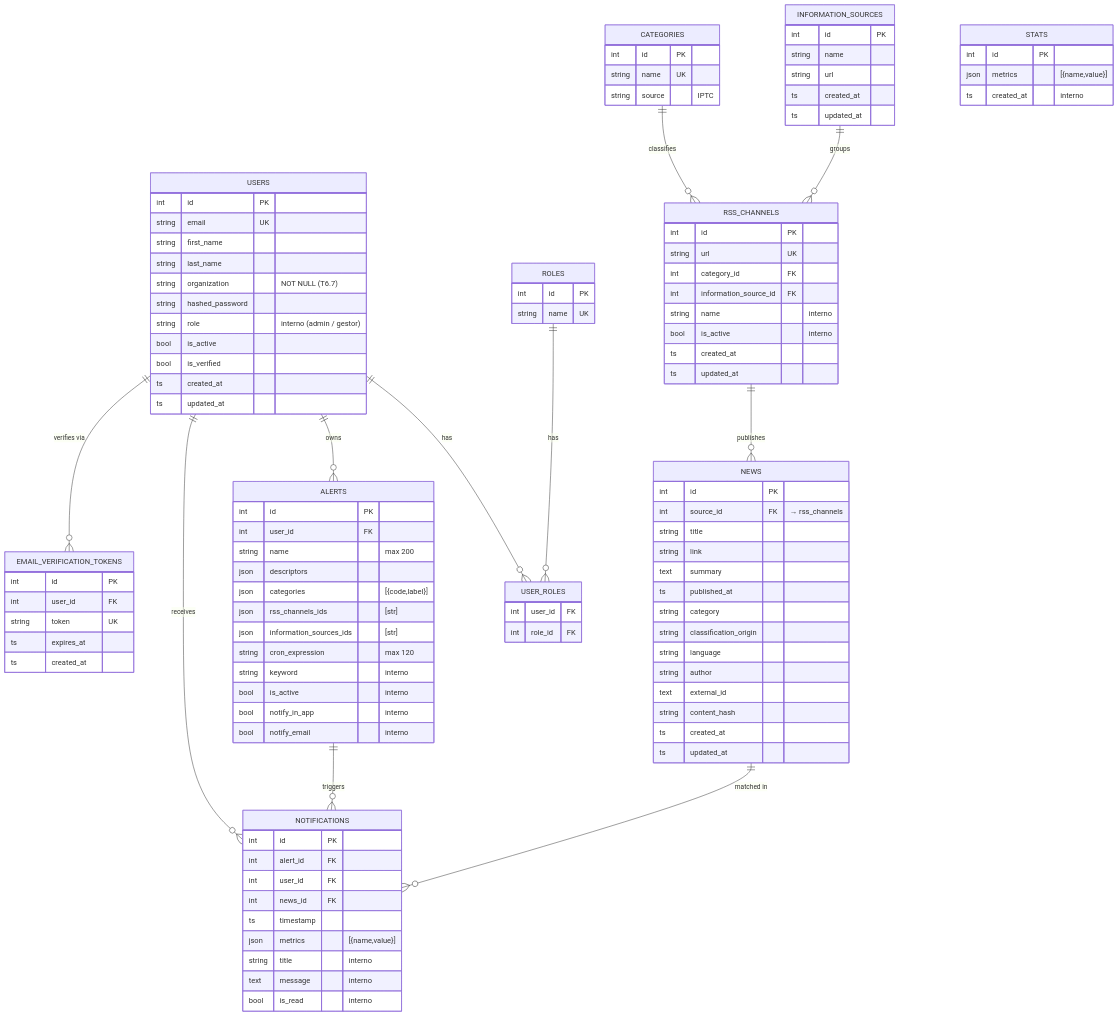
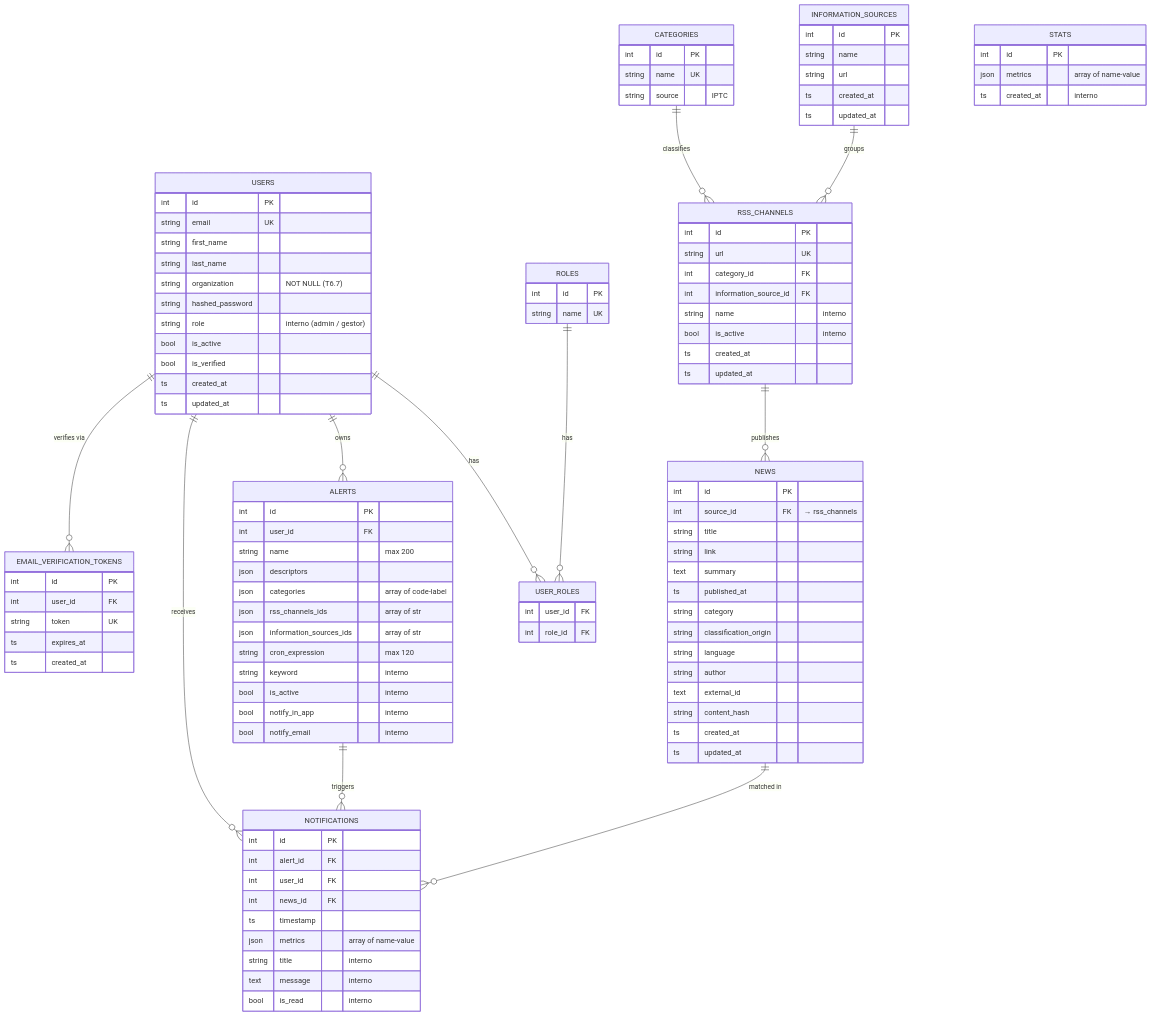
The diagram in docs/database-design.md (100475144/newsradar), drawn with Mermaid before and after one commit. The commit also changed 2 other files, not shown here.

Commit message:
fix(docs): mermaid diagrams parse error on GitHub render
GitHub's Mermaid renderer choked on architecture.md line 24 because
``[(/users/{id}/alerts)]`` mixes cylinder-shape syntax ``[(...)]`` with
``{`` which is reserved for diamond-shape nodes.

Changes:

- ``docs/diagrams/architecture.md``:
  * Quote all cylinder labels with double quotes for safety
    (``[("text")]`` instead of ``[(text)]``).
  * Replace ``{id}`` with ``:id`` inside diagram labels (semantically
    identical, mermaid-safe).
  * Add a footer note explaining the convention.

- ``docs/diagrams/sequence-notification.md``: ``{id}`` → ``:id`` in the
  sequence message (preventive, was rendering OK but consistency).

- ``docs/database-design.md``: rewrite three ER ``json`` column comments
  that contained ``[{...}]`` literals (``"[{code,label}]"`` →
  ``"array of code-label"``, etc.) which can also confuse the parser.

Verified: no remaining ``{<word>}`` patterns inside any mermaid block
across the docs/ directory. Plain markdown prose elsewhere is fine.

````diff
--- a/docs/database-design.md
+++ b/docs/database-design.md
@@ -99,9 +99,9 @@
         int    user_id FK
         string name "max 200"
         json   descriptors
-        json   categories "[{code,label}]"
-        json   rss_channels_ids "[str]"
-        json   information_sources_ids "[str]"
+        json   categories "array of code-label"
+        json   rss_channels_ids "array of str"
+        json   information_sources_ids "array of str"
         string cron_expression "max 120"
         string keyword "interno"
         bool   is_active "interno"
@@ -115,7 +115,7 @@
         int    user_id FK
         int    news_id FK
         ts     timestamp
-        json   metrics "[{name,value}]"
+        json   metrics "array of name-value"
         string title "interno"
         text   message "interno"
         bool   is_read "interno"
@@ -123,7 +123,7 @@
 
     STATS {
         int  id PK
-        json metrics "[{name,value}]"
+        json metrics "array of name-value"
         ts   created_at "interno"
     }
 ```
````
